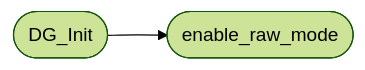
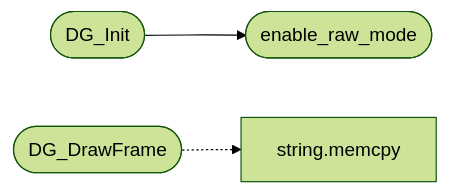
One commit to grisuno/miniOS changed the diagram in readmenator-apidocs/modules/progs.doomgeneric.doomgeneric_sosox.c.md. Above: the diagram before and after it, drawn with Mermaid (forest theme). The commit also changed other lines of this file and 222 other files, not shown here.

````diff
--- a/readmenator-apidocs/modules/progs.doomgeneric.doomgeneric_sosox.c.md
+++ b/readmenator-apidocs/modules/progs.doomgeneric.doomgeneric_sosox.c.md
@@ -16,6 +16,9 @@
 ```mermaid
 flowchart LR
     n_progs_doomgeneric_doomgeneric_sosox_c__DG_Init(["DG_Init"])
     n_progs_doomgeneric_doomgeneric_sosox_c__enable_raw_mode(["enable_raw_mode"])
+    n_progs_doomgeneric_doomgeneric_sosox_c__DG_DrawFrame(["DG_DrawFrame"])
+    n_kernel_string_c__memcpy["string.memcpy"]
     n_progs_doomgeneric_doomgeneric_sosox_c__DG_Init --> n_progs_doomgeneric_doomgeneric_sosox_c__enable_raw_mode
+    n_progs_doomgeneric_doomgeneric_sosox_c__DG_DrawFrame -.-> n_kernel_string_c__memcpy
 ```
````
